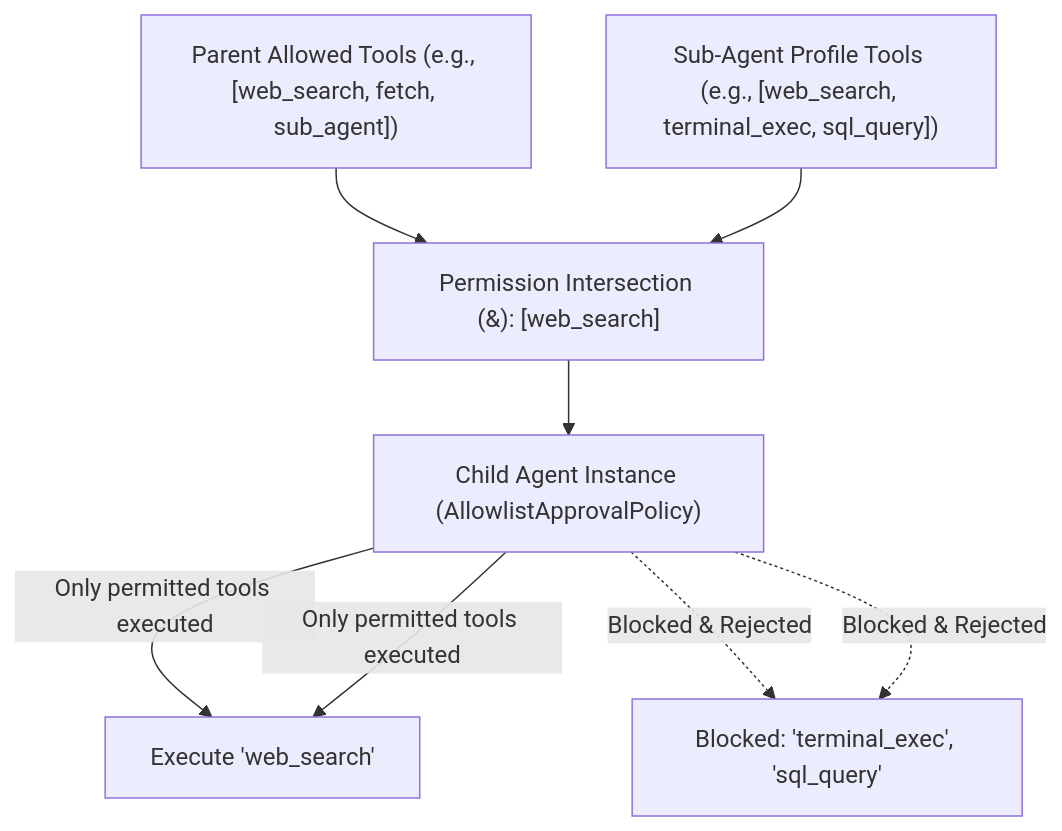
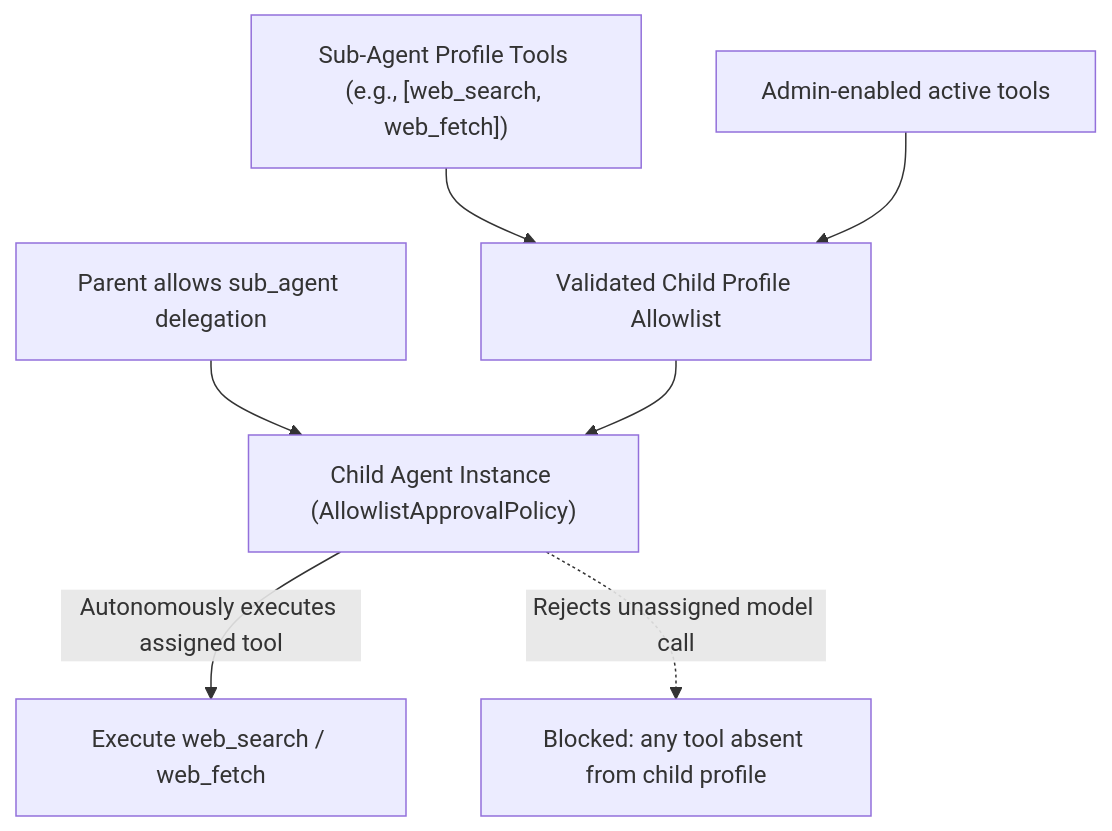
Before and after one commit to dbracewell/Asterism: the third of 4 diagrams in architecture/tool-authorization.md, drawn with Mermaid. The commit also changed other lines of this file and 30 other files, not shown here.

Commit message:
feat(agent): complete sub-agent observability and delegation

````diff
--- a/architecture/tool-authorization.md
+++ b/architecture/tool-authorization.md
@@ -206,18 +206,16 @@
 ```mermaid
 flowchart TD
-    ParentAllowed["Parent Allowed Tools (e.g., [web_search, fetch, sub_agent])"]
-    SubProfileAllowed["Sub-Agent Profile Tools (e.g., [web_search, terminal_exec, sql_query])"]
-
-    Intersect["Permission Intersection (&): [web_search]"]
-
+    ParentAllowed["Parent allows sub_agent delegation"]
+    SubProfileAllowed["Sub-Agent Profile Tools (e.g., [web_search, web_fetch])"]
+    Active["Admin-enabled active tools"]
+    Validated["Validated Child Profile Allowlist"]
     SubAgentInstance["Child Agent Instance (AllowlistApprovalPolicy)"]
 
-    ParentAllowed --> Intersect
-    SubProfileAllowed --> Intersect
-    Intersect --> SubAgentInstance
+    ParentAllowed --> SubAgentInstance
+    SubProfileAllowed --> Validated
+    Active --> Validated
+    Validated --> SubAgentInstance
 
-    SubAgentInstance -->|Only permitted tools executed| ExecApproved["Execute 'web_search'"]
-    SubAgentInstance -.->|Blocked & Rejected| ExecBlocked["Blocked: 'terminal_exec', 'sql_query'"]
-    SubAgentInstance -->|"Only permitted tools executed"| ExecApproved["Execute 'web_search'"]
-    SubAgentInstance -.->|"Blocked & Rejected"| ExecBlocked["Blocked: 'terminal_exec', 'sql_query'"]
+    SubAgentInstance -->|Autonomously executes assigned tool| ExecApproved["Execute web_search / web_fetch"]
+    SubAgentInstance -.->|Rejects unassigned model call| ExecBlocked["Blocked: any tool absent from child profile"]
 ```
````
